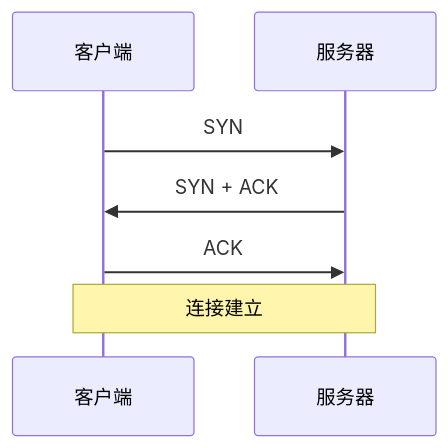
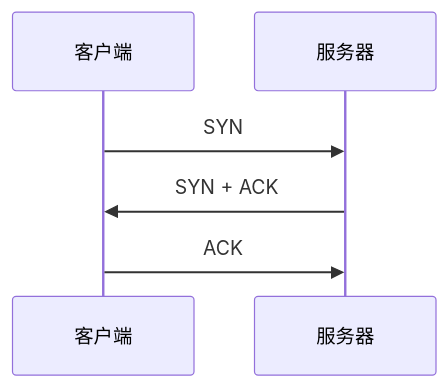
One commit to 74262195/system-architect-notes changed the diagram in 01_综合知识/01_计算机系统基础知识/03_计算机网络/TCP三次握手.md. Above: the diagram before and after it, drawn with Mermaid. The commit also changed other lines of this file, not shown here.

````diff
--- a/01_综合知识/01_计算机系统基础知识/03_计算机网络/TCP三次握手.md
+++ b/01_综合知识/01_计算机系统基础知识/03_计算机网络/TCP三次握手.md
@@ -30,9 +32,8 @@
 ```mermaid
 sequenceDiagram
     participant C as 客户端
     participant S as 服务器
     C->>S: SYN
     S->>C: SYN + ACK
     C->>S: ACK
-    Note over C,S: 连接建立
 ```
````
